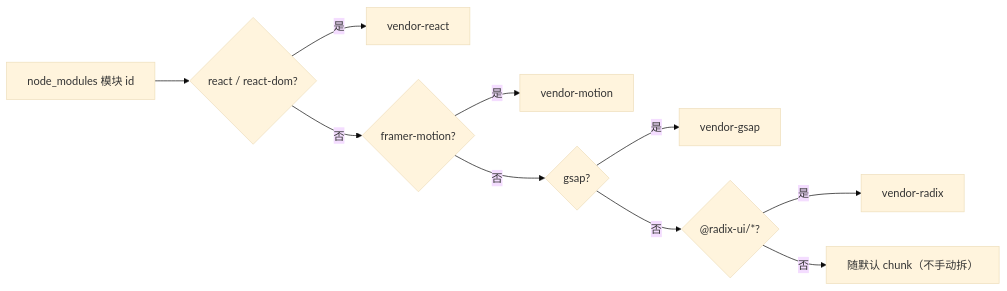
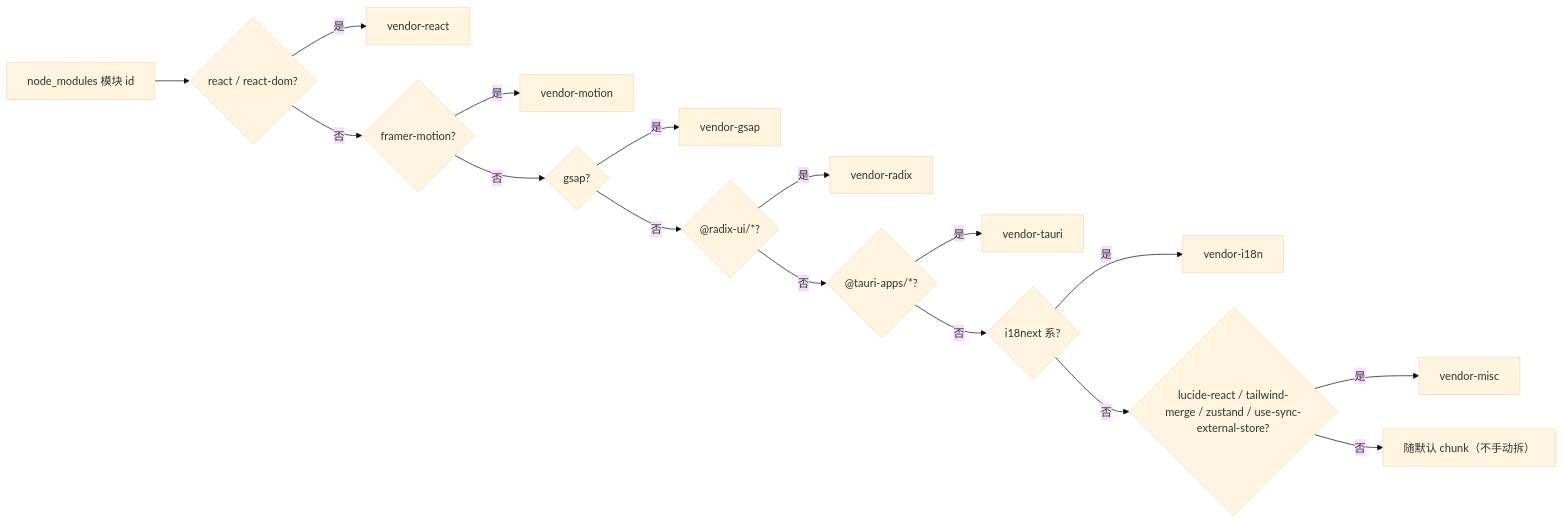
Before and after one commit to ikliml666/Wxxy-CampusLogin: the second of 4 diagrams in .codewiki/modules/build-deployment-configuration-android-build.md, drawn with Mermaid (base theme). The commit also changed other lines of this file and 6 other files, not shown here.

````diff
--- a/.codewiki/modules/build-deployment-configuration-android-build.md
+++ b/.codewiki/modules/build-deployment-configuration-android-build.md
@@ -94,12 +94,18 @@
 ```mermaid
 flowchart LR
     SRC["node_modules 模块 id"] --> R{"react / react-dom?"}
     R -- 是 --> CR["vendor-react"]
     R -- 否 --> F{"framer-motion?"}
     F -- 是 --> CF["vendor-motion"]
     F -- 否 --> G{"gsap?"}
     G -- 是 --> CG["vendor-gsap"]
     G -- 否 --> RD{"@radix-ui/*?"}
     RD -- 是 --> CRD["vendor-radix"]
-    RD -- 否 --> DEFAULT["随默认 chunk（不手动拆）"]
+    RD -- 否 --> TA{"@tauri-apps/*?"}
+    TA -- 是 --> CTA["vendor-tauri"]
+    TA -- 否 --> I18{"i18next 系?"}
+    I18 -- 是 --> CI18["vendor-i18n"]
+    I18 -- 否 --> MISC{"lucide-react / tailwind-merge / zustand / use-sync-external-store?"}
+    MISC -- 是 --> CMISC["vendor-misc"]
+    MISC -- 否 --> DEFAULT["随默认 chunk（不手动拆）"]
 ```
````
